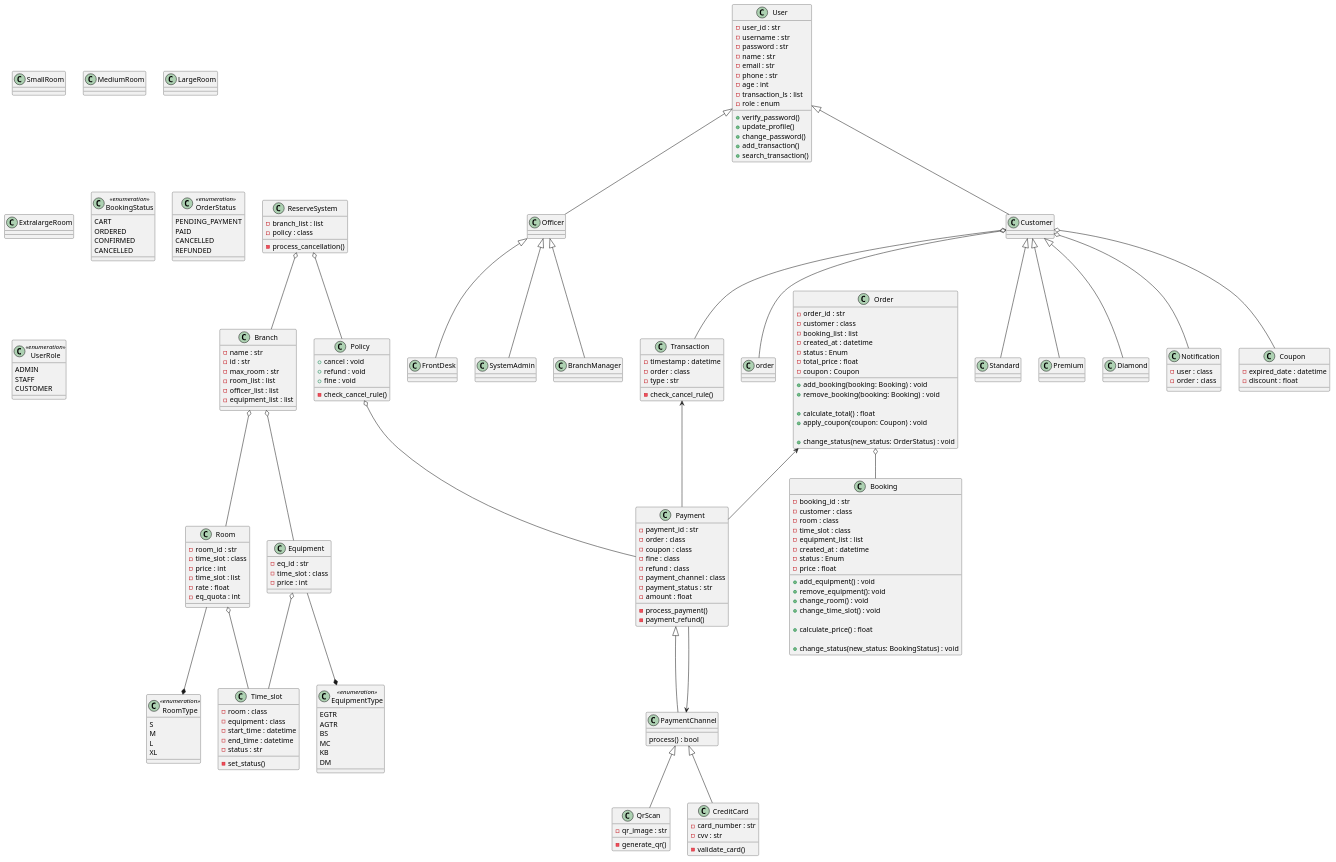
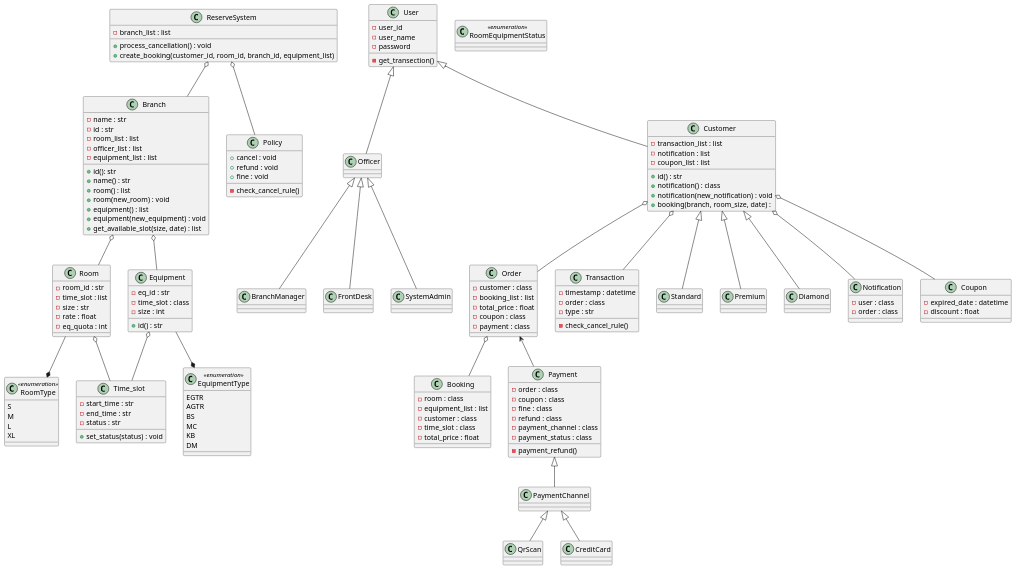
One commit to pjngth998/RhythmReserve changed the diagram in diagram/class_diagram.puml. Above: the diagram before and after it, drawn with PlantUML.

Commit message:
merge main to pj

```diff
--- a/diagram/class_diagram.puml
+++ b/diagram/class_diagram.puml
@@ -1,146 +1,90 @@
 @startuml
-
 
 
 class ReserveSystem{
     -branch_list : list
-    -policy : class
-    -process_cancellation()
-    
+    +process_cancellation() : void
+    +create_booking(customer_id, room_id, branch_id, equipment_list)
 }
 
 class Branch{
     -name : str
     -id : str
-    -max_room : str
     -room_list : list
     -officer_list : list
     -equipment_list : list
-
+    +id(): str
+    +name() : str
+    +room() : list
+    +room(new_room) : void
+    +equipment() : list
+    +equipment(new_equipment) : void
+    +get_available_slot(size, date) : list
+    
 }
 
 class Room {
     -room_id : str
-    -time_slot : class
-    -price : int
     -time_slot : list
+    -size : str
     -rate : float
     -eq_quota : int
 }
 
 
 class Time_slot{
-    -room : class
-    -equipment : class
-    -start_time : datetime
-    -end_time : datetime
+    -start_time : str
+    -end_time : str
     -status : str
-    -set_status()
+    +set_status(status) : void
 }
 
-class SmallRoom{
-    
-}
-
-class MediumRoom{
-
-}
-
-class LargeRoom{
-
-}
-
-class ExtralargeRoom{
-    
-}
 
 class Equipment{
     -eq_id : str
     -time_slot : class
-    -price : int
-
+    -size : int
+    +id() : str
 }
 
 
 
-class BookingStatus <<enumeration>> {
-    CART
-    ORDERED
-    CONFIRMED
-    CANCELLED
+class Booking{
+    -room : class
+    -equipment_list : list
+    -customer : class
+    -time_slot : class
+    -total_price : float
 }
 
-class Booking {
-    -booking_id : str
+class Order{
     -customer : class
-    -room : class
-    -time_slot : class
-    -equipment_list : list
-    -created_at : datetime
-    -status : Enum
-    -price : float
+    -booking_list : list
+    -total_price : float
+    -coupon : class
+    -payment : class
 
-    +add_equipment() : void
-    +remove_equipment(): void
-    +change_room() : void
-    +change_time_slot() : void
-
-    +calculate_price() : float
-
-    +change_status(new_status: BookingStatus) : void
 }
 
-class OrderStatus <<enumeration>> {
-    PENDING_PAYMENT
-    PAID
-    CANCELLED
-    REFUNDED
-}
+class PaymentChannel{
 
-class Order {
-    -order_id : str
-    -customer : class
-    -booking_list : list
-    -created_at : datetime
-    -status : Enum
-    -total_price : float
-    -coupon : Coupon
-
-    +add_booking(booking: Booking) : void
-    +remove_booking(booking: Booking) : void
-
-    +calculate_total() : float
-    +apply_coupon(coupon: Coupon) : void
-
-    +change_status(new_status: OrderStatus) : void
-}
-
-
-class PaymentChannel{
-    process() : bool
 }
 
 class QrScan{
-    -qr_image : str
-    -generate_qr()
+
 }
 
 class CreditCard{
-    -card_number : str
-    -cvv : str
-    -validate_card()
+
 }
 
 class Payment{
-    -payment_id : str
     -order : class
     -coupon : class
     -fine : class
     -refund : class
     -payment_channel : class
-    -payment_status : str
-    -amount : float
-    -process_payment()
+    -payment_status : class
     -payment_refund()
 
 }
@@ -153,27 +97,12 @@
 
 }
 
-class UserRole <<enumeration>>{
-    ADMIN
-    STAFF
-    CUSTOMER
-}
 
 class User{
-    -user_id : str
-    -username : str
-    -password : str
-    -name : str
-    -email : str
-    -phone : str
-    -age : int
-    -transaction_ls : list
-    -role : enum
-    +verify_password()
-    +update_profile()
-    +change_password()
-    +add_transaction()
-    +search_transaction()
+    -user_id
+    -user_name
+    -password
+    -get_transection()
 
 }
 
@@ -194,7 +123,13 @@
 }
 
 class Customer{
-
+    -transaction_list : list
+    -notification : list
+    -coupon_list : list
+    +id() : str
+    +notification() : class
+    +notification(new_notification) : void
+    +booking(branch, room_size, date) : 
 }
 
 class Standard{
@@ -224,7 +159,6 @@
 }
 
 
-
 class Coupon{
     -expired_date : datetime
     -discount : float
@@ -247,6 +181,10 @@
     DM
 }
 
+class RoomEquipmentStatus <<enumeration>> {
+
+}
+
 
 
 User <|-- Officer
@@ -267,14 +205,11 @@
 Branch o-- Equipment
 Room o-- Time_slot
 Equipment o-- Time_slot
-Customer o-- order
+Customer o-- Order
 Order o-- Booking
 Customer o-- Transaction
 Customer o-- Notification
 Order <-- Payment
 Room --* RoomType
 Equipment --* EquipmentType 
-PaymentChannel <-- Payment
-Policy o-- Payment
-Transaction <-- Payment
 @enduml
```
